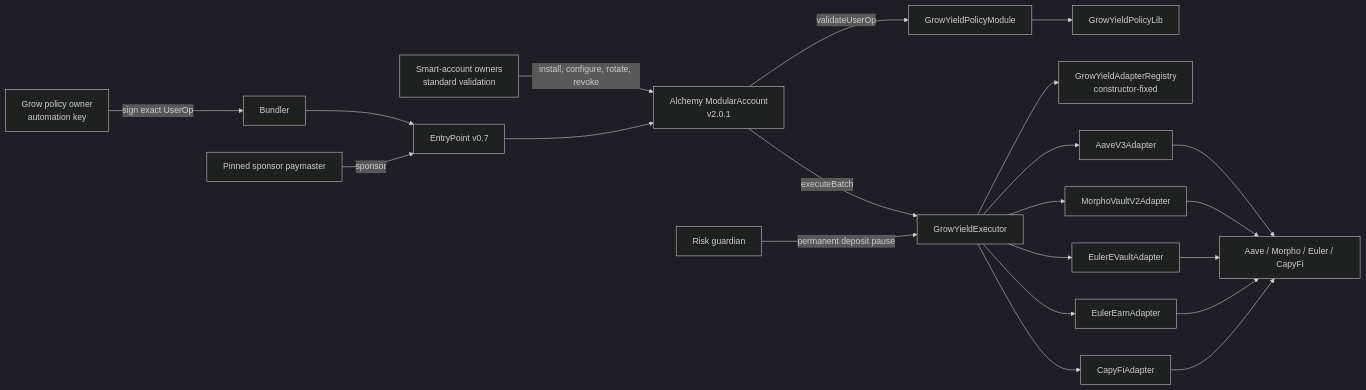
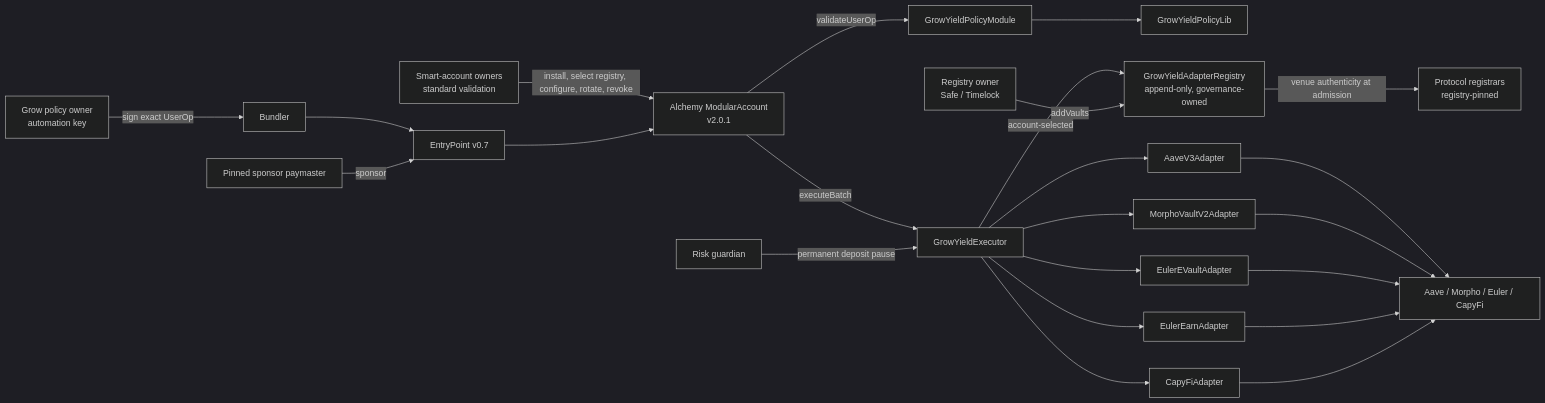
The first of 4 diagrams in docs/ARCHITECTURE.md (getgrowapp/smart-contracts), drawn with Mermaid (dark theme) before and after one commit. The commit also changed other lines of this file and 36 other files, not shown here.

````diff
--- a/docs/ARCHITECTURE.md
+++ b/docs/ARCHITECTURE.md
@@ -20,41 +20,44 @@
 ```mermaid
 flowchart LR
     Owners["Smart-account owners\nstandard validation"]
     PolicyOwner["Grow policy owner\nautomation key"]
     Bundler[Bundler]
     EP["EntryPoint v0.7"]
     Account["Alchemy ModularAccount\nv2.0.1"]
     Policy["GrowYieldPolicyModule"]
     PolicyLib["GrowYieldPolicyLib"]
     Executor["GrowYieldExecutor"]
-    Registry["GrowYieldAdapterRegistry\nconstructor-fixed"]
+    Registry["GrowYieldAdapterRegistry\nappend-only, governance-owned"]
+    Registrars["Protocol registrars\nregistry-pinned"]
     Guardian["Risk guardian"]
     Aave[AaveV3Adapter]
     Morpho[MorphoVaultV2Adapter]
     EulerEVK[EulerEVaultAdapter]
     EulerEarn[EulerEarnAdapter]
     Capy[CapyFiAdapter]
     Venues["Aave / Morpho / Euler / CapyFi"]
     Paymaster["Pinned sponsor paymaster"]
 
-    Owners -->|install, configure, rotate, revoke| Account
+    Owners -->|install, select registry, configure, rotate, revoke| Account
     PolicyOwner -->|sign exact UserOp| Bundler
     Bundler --> EP
     Paymaster -->|sponsor| EP
     EP --> Account
     Account -->|validateUserOp| Policy
     Policy --> PolicyLib
     Account -->|executeBatch| Executor
-    Executor --> Registry
+    Executor -->|account-selected| Registry
+    Registry -->|venue authenticity at admission| Registrars
     Executor --> Aave
     Executor --> Morpho
     Executor --> EulerEVK
     Executor --> EulerEarn
     Executor --> Capy
     Aave --> Venues
     Morpho --> Venues
     EulerEVK --> Venues
     EulerEarn --> Venues
     Capy --> Venues
     Guardian -->|permanent deposit pause| Executor
+    Gov["Registry owner\nSafe / Timelock"] -->|addVaults| Registry
 ```
````
